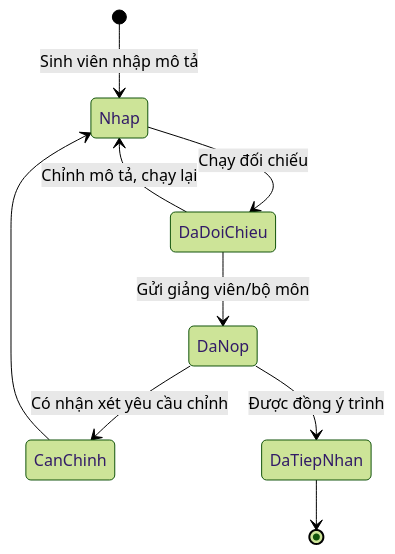
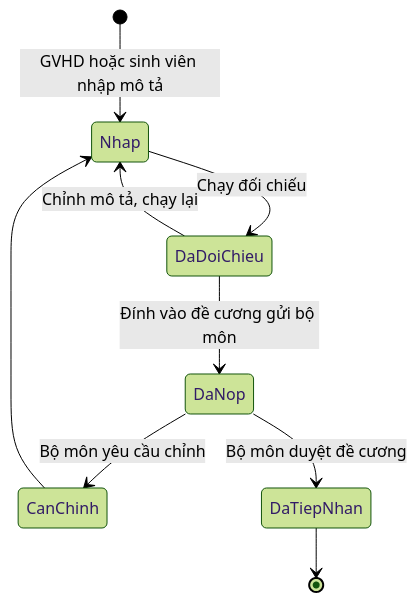
Before and after one commit to maiychrus25/ICTU-CRIS: the fifth of 5 diagrams in docs/ba/03-state.md, drawn with Mermaid (forest theme). The commit also changed other lines of this file and 15 other files, not shown here.

````diff
--- a/docs/ba/03-state.md
+++ b/docs/ba/03-state.md
@@ -74,11 +78,11 @@
 ```mermaid
 stateDiagram-v2
-    [*] --> Nhap: Sinh viên nhập mô tả
+    [*] --> Nhap: GVHD hoặc sinh viên nhập mô tả
     Nhap --> DaDoiChieu: Chạy đối chiếu
     DaDoiChieu --> Nhap: Chỉnh mô tả, chạy lại
-    DaDoiChieu --> DaNop: Gửi giảng viên/bộ môn
-    DaNop --> CanChinh: Có nhận xét yêu cầu chỉnh
+    DaDoiChieu --> DaNop: Đính vào đề cương gửi bộ môn
+    DaNop --> CanChinh: Bộ môn yêu cầu chỉnh
     CanChinh --> Nhap
-    DaNop --> DaTiepNhan: Được đồng ý trình
+    DaNop --> DaTiepNhan: Bộ môn duyệt đề cương
     DaTiepNhan --> [*]
 ```
````
